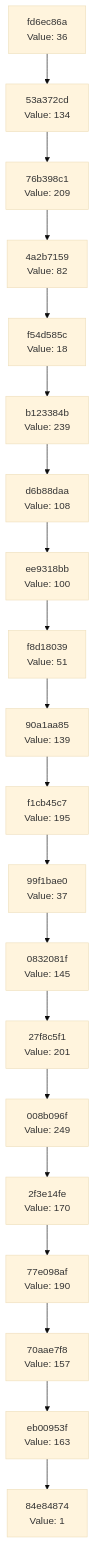
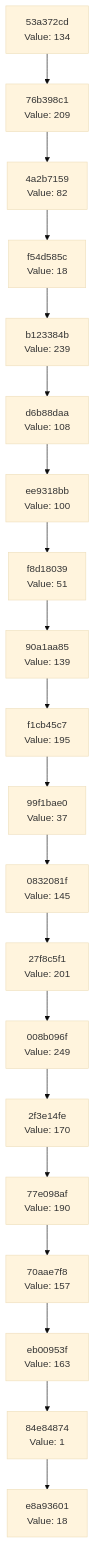
The diagram in docs/CHAIN_VISUALIZATION.md (Abhisheksinha1506/hash-chain-evolver), drawn with Mermaid (base theme) before and after one commit. The commit also changed 3 other files, not shown here.

````diff
--- a/docs/CHAIN_VISUALIZATION.md
+++ b/docs/CHAIN_VISUALIZATION.md
@@ -3,42 +3,42 @@
 ```mermaid
 graph TD
-    C0["84e84874<br/>Value: 1"]
-    C1["eb00953f<br/>Value: 163"]
+    C0["e8a93601<br/>Value: 18"]
+    C1["84e84874<br/>Value: 1"]
     C1 --> C0
-    C2["70aae7f8<br/>Value: 157"]
+    C2["eb00953f<br/>Value: 163"]
     C2 --> C1
-    C3["77e098af<br/>Value: 190"]
+    C3["70aae7f8<br/>Value: 157"]
     C3 --> C2
-    C4["2f3e14fe<br/>Value: 170"]
+    C4["77e098af<br/>Value: 190"]
     C4 --> C3
-    C5["008b096f<br/>Value: 249"]
+    C5["2f3e14fe<br/>Value: 170"]
     C5 --> C4
-    C6["27f8c5f1<br/>Value: 201"]
+    C6["008b096f<br/>Value: 249"]
     C6 --> C5
-    C7["0832081f<br/>Value: 145"]
+    C7["27f8c5f1<br/>Value: 201"]
     C7 --> C6
-    C8["99f1bae0<br/>Value: 37"]
+    C8["0832081f<br/>Value: 145"]
     C8 --> C7
-    C9["f1cb45c7<br/>Value: 195"]
+    C9["99f1bae0<br/>Value: 37"]
     C9 --> C8
-    C10["90a1aa85<br/>Value: 139"]
+    C10["f1cb45c7<br/>Value: 195"]
     C10 --> C9
-    C11["f8d18039<br/>Value: 51"]
+    C11["90a1aa85<br/>Value: 139"]
     C11 --> C10
-    C12["ee9318bb<br/>Value: 100"]
+    C12["f8d18039<br/>Value: 51"]
     C12 --> C11
-    C13["d6b88daa<br/>Value: 108"]
+    C13["ee9318bb<br/>Value: 100"]
     C13 --> C12
-    C14["b123384b<br/>Value: 239"]
+    C14["d6b88daa<br/>Value: 108"]
     C14 --> C13
-    C15["f54d585c<br/>Value: 18"]
+    C15["b123384b<br/>Value: 239"]
     C15 --> C14
-    C16["4a2b7159<br/>Value: 82"]
+    C16["f54d585c<br/>Value: 18"]
     C16 --> C15
-    C17["76b398c1<br/>Value: 209"]
+    C17["4a2b7159<br/>Value: 82"]
     C17 --> C16
-    C18["53a372cd<br/>Value: 134"]
+    C18["76b398c1<br/>Value: 209"]
     C18 --> C17
-    C19["fd6ec86a<br/>Value: 36"]
+    C19["53a372cd<br/>Value: 134"]
     C19 --> C18
 ```
````
